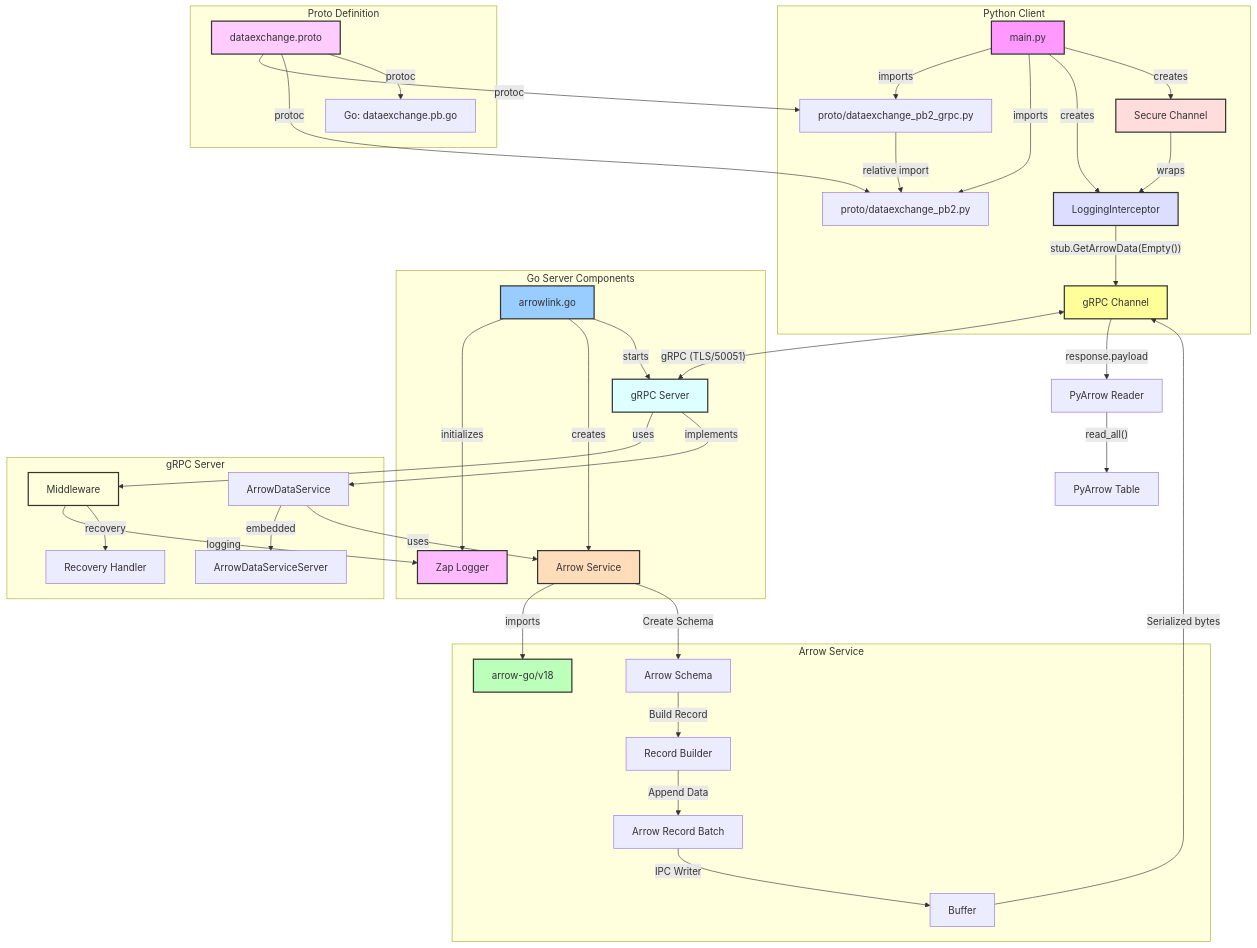
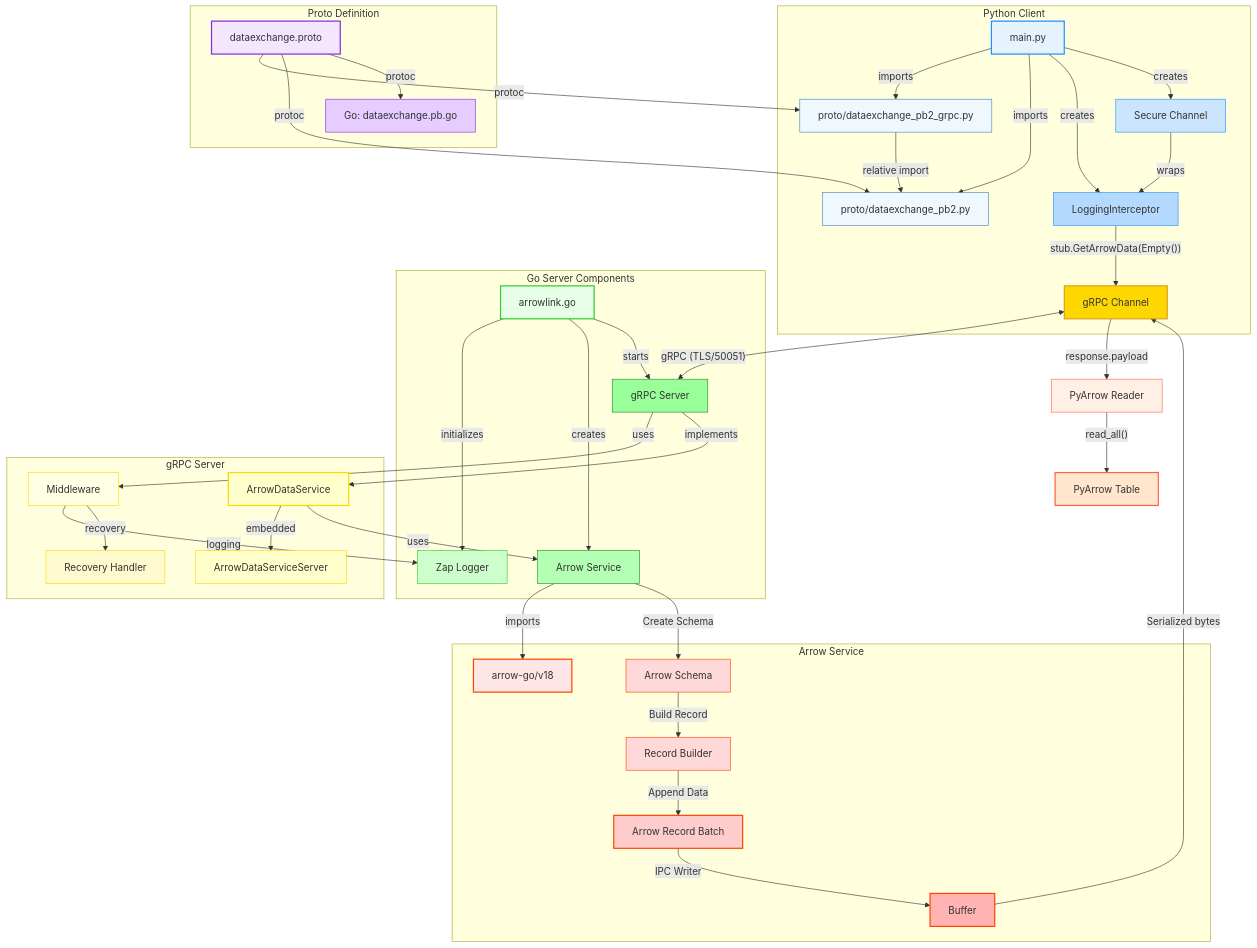
One commit to TFMV/ArrowLink changed the diagram in README.md. Above: the diagram before and after it, drawn with Mermaid.

Commit message:
Add Diagram to README

````diff
--- a/README.md
+++ b/README.md
@@ -7,58 +7,76 @@
 ```mermaid
 graph TD
     subgraph "Python Client"
         A[main.py] --> |imports| B[proto/dataexchange_pb2_grpc.py]
         A --> |imports| C[proto/dataexchange_pb2.py]
         B --> |relative import| C
         A --> |creates| L1[LoggingInterceptor]
         A --> |creates| SC[Secure Channel]
         SC --> |wraps| L1
         L1 --> |"stub.GetArrowData(Empty())"| D[gRPC Channel]
     end
 
     subgraph "Proto Definition"
         E[dataexchange.proto] --> |protoc| B
         E --> |protoc| C
         E --> |protoc| F[Go: dataexchange.pb.go]
     end
 
     subgraph "Go Server Components"
         G[arrowlink.go] --> |initializes| M[Zap Logger]
         G --> |creates| S[Arrow Service]
         G --> |starts| GS[gRPC Server]
     end
 
     subgraph "gRPC Server"
         GS --> |uses| MW[Middleware]
         MW --> |logging| M
         MW --> |recovery| REC[Recovery Handler]
         GS --> |implements| H[ArrowDataService]
         H --> |embedded| N[ArrowDataServiceServer]
         H --> |uses| S
     end
 
     subgraph "Arrow Service"
         S --> |imports| L2[arrow-go/v18]
         S --> |"Create Schema"| O[Arrow Schema]
         O --> |"Build Record"| P[Record Builder]
         P --> |"Append Data"| I[Arrow Record Batch]
         I --> |"IPC Writer"| Q[Buffer]
     end
 
     D <--> |"gRPC (TLS/50051)"| GS
     Q --> |"Serialized bytes"| D
     D --> |"response.payload"| J[PyArrow Reader]
     J --> |"read_all()"| R[PyArrow Table]
 
-    style A fill:#f9f,stroke:#333,stroke-width:2px
-    style G fill:#9cf,stroke:#333,stroke-width:2px
-    style E fill:#fcf,stroke:#333,stroke-width:2px
-    style D fill:#ff9,stroke:#333,stroke-width:2px
-    style L2 fill:#bfb,stroke:#333,stroke-width:2px
-    style M fill:#fbf,stroke:#333,stroke-width:2px
-    style S fill:#fdb,stroke:#333,stroke-width:2px
-    style GS fill:#dff,stroke:#333,stroke-width:2px
-    style MW fill:#ffd,stroke:#333,stroke-width:2px
-    style L1 fill:#ddf,stroke:#333,stroke-width:2px
-    style SC fill:#fdd,stroke:#333,stroke-width:2px
+    %% Modern Color Palette
+    style A fill:#E6F3FF,stroke:#1E90FF,stroke-width:2px,color:#1E90FF %% Light blue, vibrant stroke
+    style B fill:#F0F8FF,stroke:#4682B4,stroke-width:1px %% Softer blue
+    style C fill:#F0F8FF,stroke:#4682B4,stroke-width:1px
+    style L1 fill:#B3D9FF,stroke:#1E90FF,stroke-width:2px %% Medium blue
+    style SC fill:#CCE5FF,stroke:#1E90FF,stroke-width:2px %% Light-medium blue
+    style D fill:#FFD700,stroke:#DAA520,stroke-width:2px,color:#DAA520 %% Gold for gRPC Channel
+
+    style E fill:#F5E6FF,stroke:#8A2BE2,stroke-width:2px,color:#8A2BE2 %% Light purple for proto
+    style F fill:#E6CCFF,stroke:#8A2BE2,stroke-width:1px
+
+    style G fill:#E6FFE6,stroke:#32CD32,stroke-width:2px,color:#32CD32 %% Light green for Go entry
+    style M fill:#CCFFCC,stroke:#32CD32,stroke-width:1px %% Soft green
+    style S fill:#B3FFB3,stroke:#228B22,stroke-width:2px %% Medium green
+    style GS fill:#99FF99,stroke:#228B22,stroke-width:2px %% Light green
+
+    style MW fill:#FFFFE6,stroke:#FFD700,stroke-width:1px %% Pale yellow
+    style REC fill:#FFFACD,stroke:#FFD700,stroke-width:1px
+    style H fill:#FFFFCC,stroke:#FFD700,stroke-width:2px
+    style N fill:#FFFFCC,stroke:#FFD700,stroke-width:1px
+
+    style L2 fill:#FFE6E6,stroke:#FF4500,stroke-width:2px,color:#FF4500 %% Light red for Arrow
+    style O fill:#FFD9D9,stroke:#FF4500,stroke-width:1px
+    style P fill:#FFD9D9,stroke:#FF4500,stroke-width:1px
+    style I fill:#FFCCCC,stroke:#FF4500,stroke-width:2px
+    style Q fill:#FFB3B3,stroke:#FF4500,stroke-width:2px
+
+    style J fill:#FFF0E6,stroke:#FF6347,stroke-width:2px %% Soft coral
+    style R fill:#FFE6CC,stroke:#FF6347,stroke-width:2px
 ```
````
